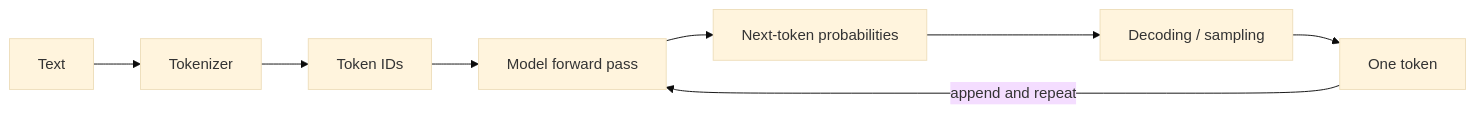
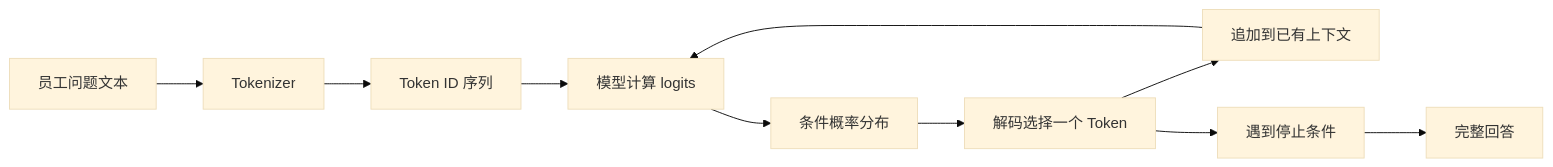
Before and after one commit to 007M7/learning007: the diagram in docs/domains/ai/01-models.md, drawn with Mermaid (base theme). The commit also changed other lines of this file and 90 other files, not shown here.

````diff
--- a/docs/domains/ai/01-models.md
+++ b/docs/domains/ai/01-models.md
@@ -15,10 +54,12 @@
 ```mermaid
 flowchart LR
-  T[Text] --> K[Tokenizer]
-  K --> I[Token IDs]
-  I --> M[Model forward pass]
-  M --> P[Next-token probabilities]
-  P --> D[Decoding / sampling]
-  D --> O[One token]
-  O -->|append and repeat| M
+  A[员工问题文本] --> B[Tokenizer]
+  B --> C[Token ID 序列]
+  C --> D[模型计算 logits]
+  D --> E[条件概率分布]
+  E --> F[解码选择一个 Token]
+  F --> G[追加到已有上下文]
+  G --> D
+  F --> H[遇到停止条件]
+  H --> I[完整回答]
 ```
````
